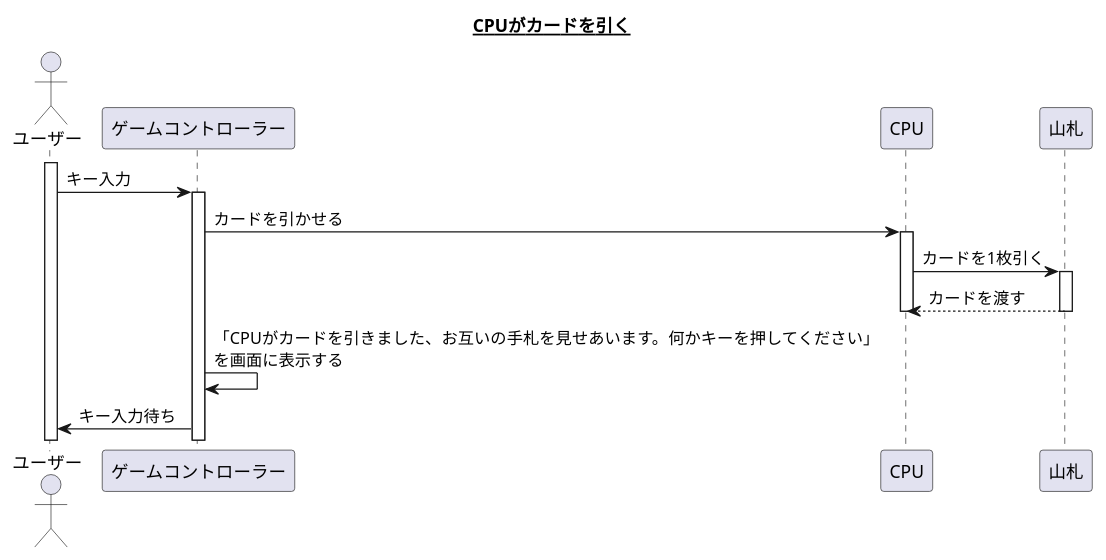
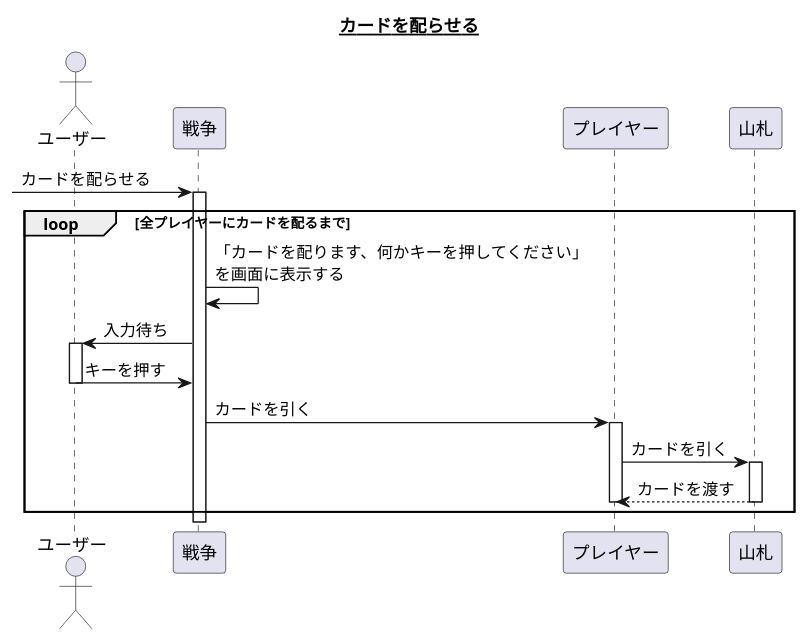
Before and after one commit to hachimitu22/study: the seventh of 10 diagrams in uml/CardGame/doc/design.md, drawn with PlantUML. The commit also changed other lines of this file, not shown here.

Commit message:
シーケンス図を複数人で遊べるように修正

````diff
--- a/uml/CardGame/doc/design.md
+++ b/uml/CardGame/doc/design.md
@@ -205,24 +290,28 @@
 ```plantuml
 @startuml
 
-title __CPUがカードを引く__
+title __カードを配らせる__
 
 actor ユーザー
-activate ユーザー
 
-ユーザー -> ゲームコントローラー : キー入力
-activate ゲームコントローラー
+[-> 戦争 : カードを配らせる
+activate 戦争
 
-ゲームコントローラー -> CPU : カードを引かせる
-activate CPU
-CPU -> 山札 : カードを1枚引く
-activate 山札
-CPU <-- 山札 : カードを渡す
-deactivate 山札
-deactivate CPU
+loop 全プレイヤーにカードを配るまで
+  戦争 -> 戦争 : 「カードを配ります、何かキーを押してください」\nを画面に表示する
+  ユーザー <- 戦争 : 入力待ち
+  activate ユーザー
+  ユーザー -> 戦争 : キーを押す
+  deactivate ユーザー
 
-ゲームコントローラー -> ゲームコントローラー : 「CPUがカードを引きました、お互いの手札を見せあいます。何かキーを押してください」\nを画面に表示する
-ユーザー <- ゲームコントローラー : キー入力待ち
+  戦争 -> プレイヤー : カードを引く
+  activate プレイヤー
+  プレイヤー -> 山札 : カードを引く
+  activate 山札
+  プレイヤー <-- 山札 : カードを渡す
+  deactivate 山札
+  deactivate プレイヤー
+end
 
 @enduml
 ```
````
